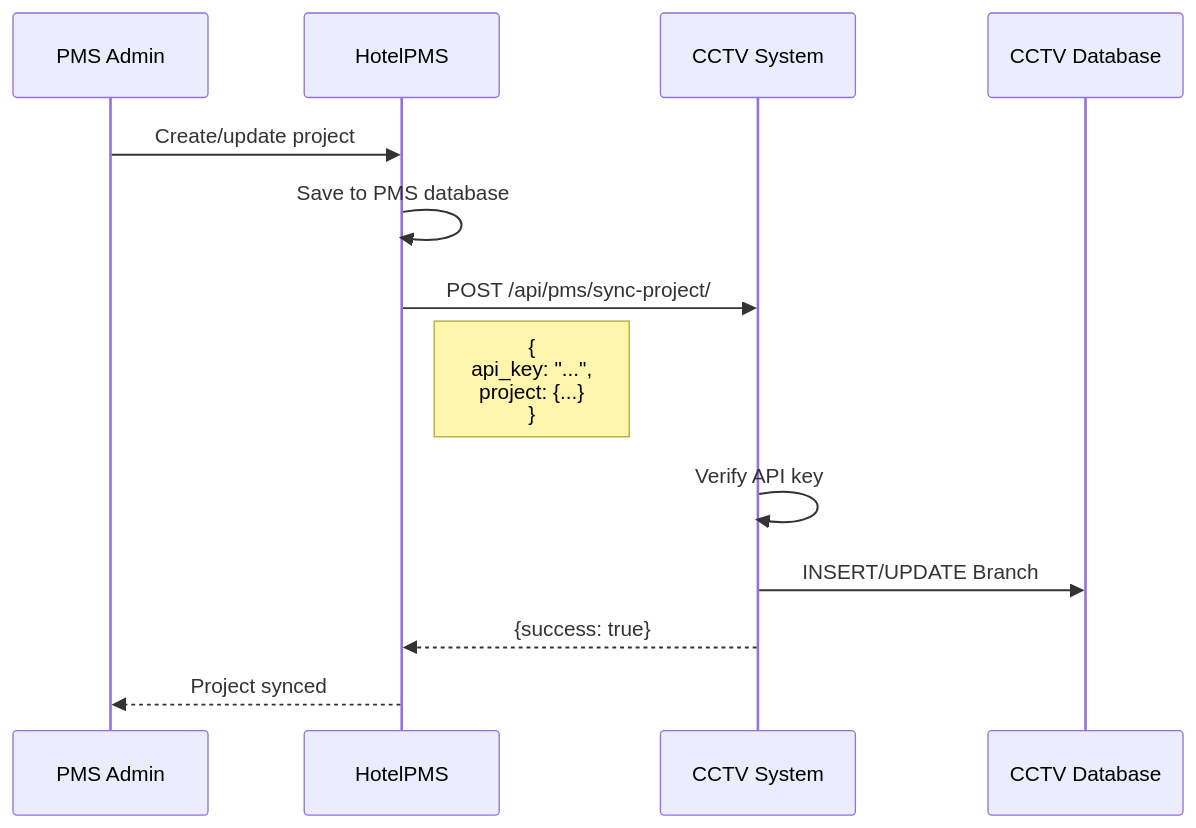
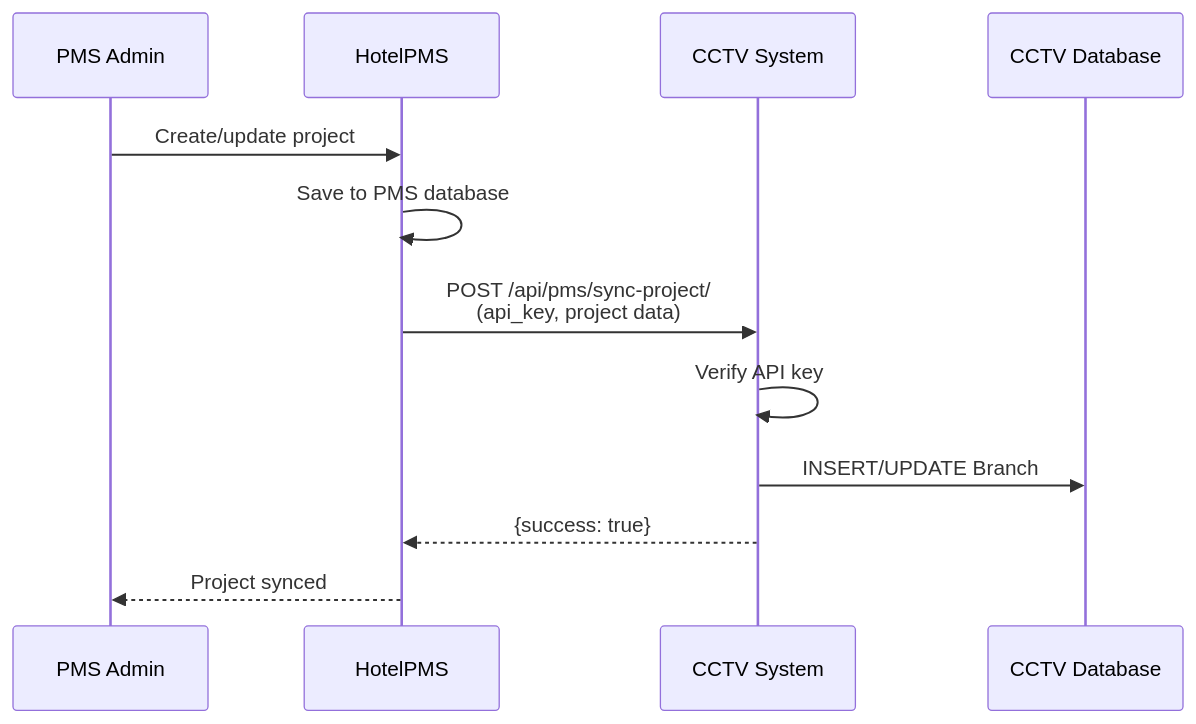
Before and after one commit to Loop-Dimension/Hotel-Cash-Detector: the third of 3 diagrams in docs/06-integrations.md, drawn with Mermaid.

````diff
--- a/docs/06-integrations.md
+++ b/docs/06-integrations.md
@@ -167,16 +167,15 @@
 ```mermaid
 sequenceDiagram
     participant Admin as PMS Admin
     participant PMS as HotelPMS
     participant CCTV as CCTV System
     participant DB as CCTV Database
 
     Admin->>PMS: Create/update project
     PMS->>PMS: Save to PMS database
-    PMS->>CCTV: POST /api/pms/sync-project/
-    Note right of PMS: {<br/>  api_key: "...",<br/>  project: {...}<br/>}
+    PMS->>CCTV: POST /api/pms/sync-project/<br/>(api_key, project data)
     CCTV->>CCTV: Verify API key
     CCTV->>DB: INSERT/UPDATE Branch
     CCTV-->>PMS: {success: true}
     PMS-->>Admin: Project synced
 ```
````
